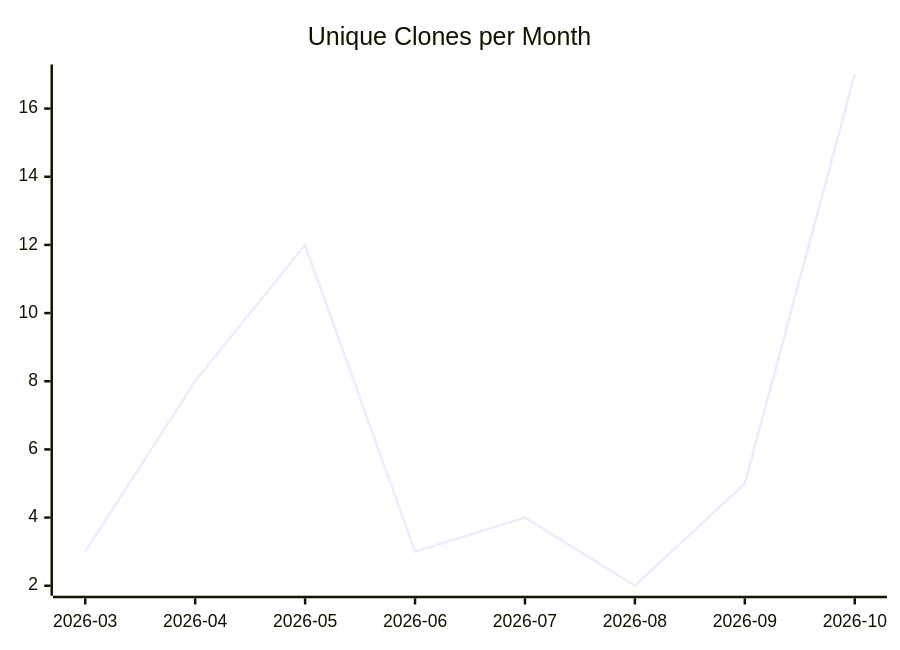
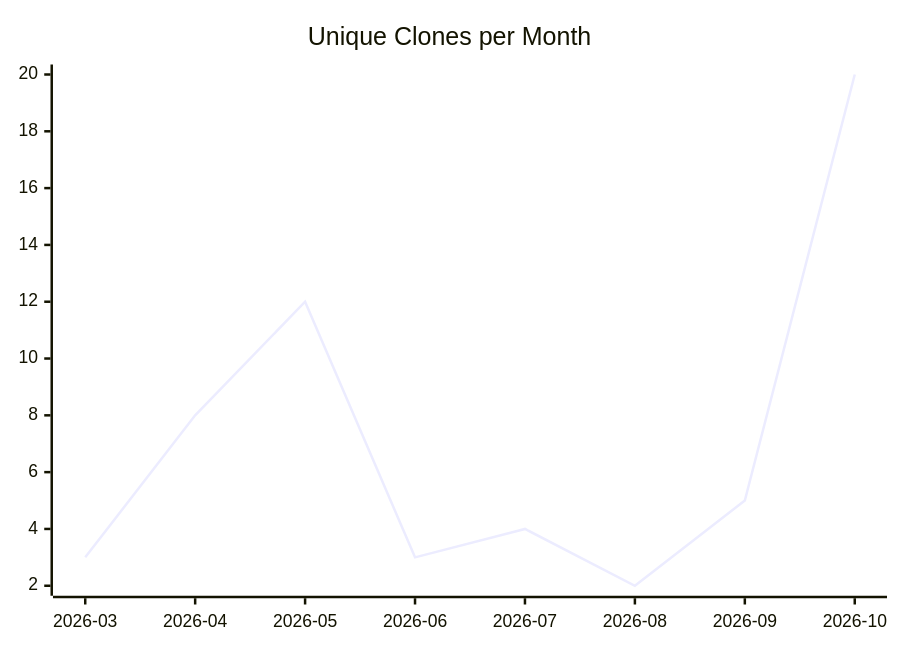
Before and after one commit to justdavis-family/github-analytics-data: the third of 3 diagrams in karlmdavis/puppet-sonar/README.md, drawn with Mermaid. The commit also changed other lines of this file and 199 other files, not shown here.

````diff
--- a/karlmdavis/puppet-sonar/README.md
+++ b/karlmdavis/puppet-sonar/README.md
@@ -19,6 +19,6 @@
 ```mermaid
 xychart-beta
   title "Unique Clones per Month"
   x-axis ["2026-03", "2026-04", "2026-05", "2026-06", "2026-07", "2026-08", "2026-09", "2026-10"]
-  line [3, 8, 12, 3, 4, 2, 5, 17]
+  line [3, 8, 12, 3, 4, 2, 5, 20]
 ```
````
